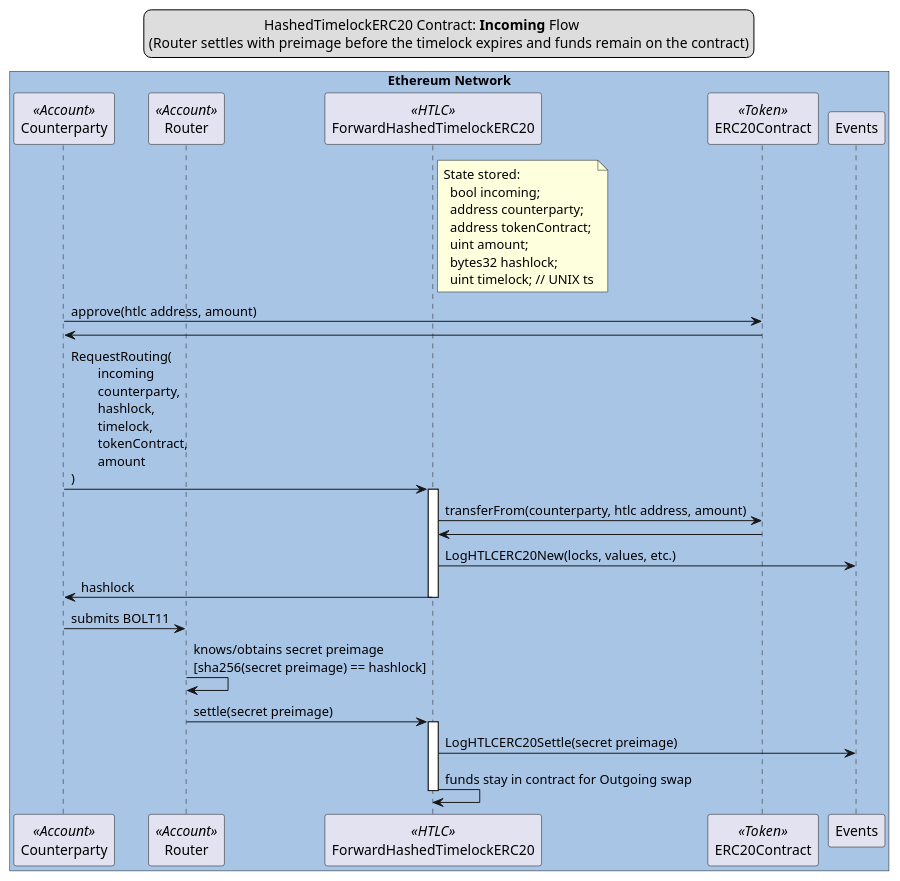
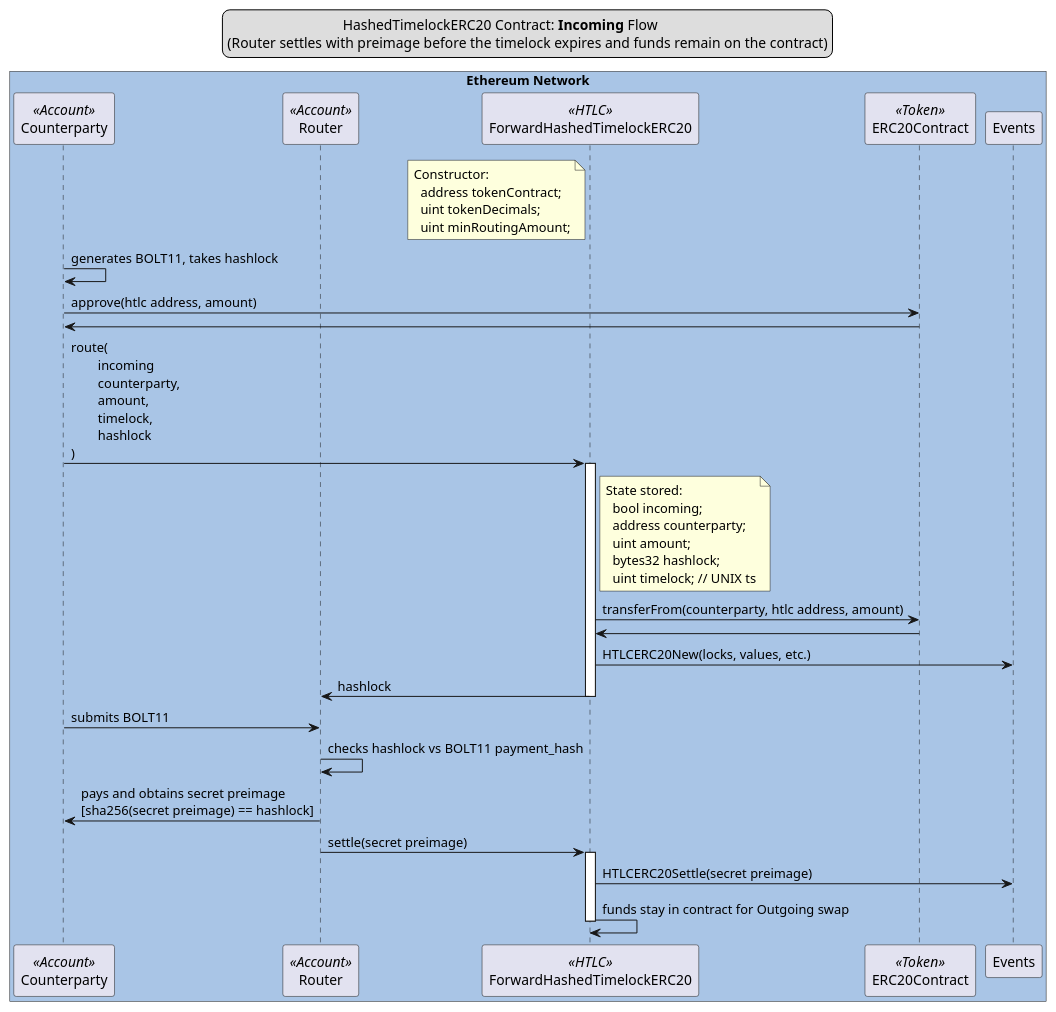
The diagram in docs/sequence-diagram-htlc-incoming-success.plantuml (SatsBridge/awesome-htlc), drawn with PlantUML before and after one commit. The commit also changed 7 other files, not shown here.

```diff
--- a/docs/sequence-diagram-htlc-incoming-success.plantuml
+++ b/docs/sequence-diagram-htlc-incoming-success.plantuml
@@ -1,49 +1,57 @@
 @startuml
 skinparam BoxPadding 20
 
 legend top
 \t\t\t\tHashedTimelockERC20 Contract: **Incoming** Flow
 (Router settles with preimage before the timelock expires and funds remain on the contract)
 end legend
 
 box "Ethereum Network" #A9C5E6
 participant Counterparty as counterparty << Account >>
 participant Router as router << Account >>
 participant ForwardHashedTimelockERC20 as htlc << HTLC >>
 participant ERC20Contract as token << Token >>
 participant Events as events
 end box
 
+note left of htlc
+Constructor:
+  address tokenContract;
+  uint tokenDecimals;
+  uint minRoutingAmount;
+end note
+
+counterparty->counterparty:generates BOLT11, takes hashlock
+
+counterparty->token:approve(htlc address, amount)
+token->counterparty
+
+counterparty->htlc:route(\n\tincoming\n\tcounterparty,\n\tamount,\n\ttimelock,\n\thashlock\n)
+
 note right of htlc
 State stored:
   bool incoming;
   address counterparty;
-  address tokenContract;
   uint amount;
   bytes32 hashlock;
   uint timelock; // UNIX ts
 end note
 
-counterparty->token:approve(htlc address, amount)
-token->counterparty
-
-counterparty->htlc:RequestRouting(\n\tincoming\n\tcounterparty,\n\thashlock,\n\ttimelock,\n\ttokenContract,\n\tamount\n)
-
 activate htlc
   htlc->token:transferFrom(counterparty, htlc address, amount)
   token->htlc
-  htlc->events:LogHTLCERC20New(locks, values, etc.)
-  htlc->counterparty:hashlock
+  htlc->events:HTLCERC20New(locks, values, etc.)
+  htlc->router:hashlock
 deactivate htlc
 
 counterparty->router:submits BOLT11
-router->router:knows/obtains secret preimage\n[sha256(secret preimage) == hashlock]
+router->router:checks hashlock vs BOLT11 payment_hash
+router->counterparty:pays and obtains secret preimage\n[sha256(secret preimage) == hashlock]
 
 router->htlc:settle(secret preimage)
 
 activate htlc
-  htlc->events:LogHTLCERC20Settle(secret preimage)
+  htlc->events:HTLCERC20Settle(secret preimage)
   htlc->htlc:funds stay in contract for Outgoing swap
 deactivate htlc
-
 @enduml
```
